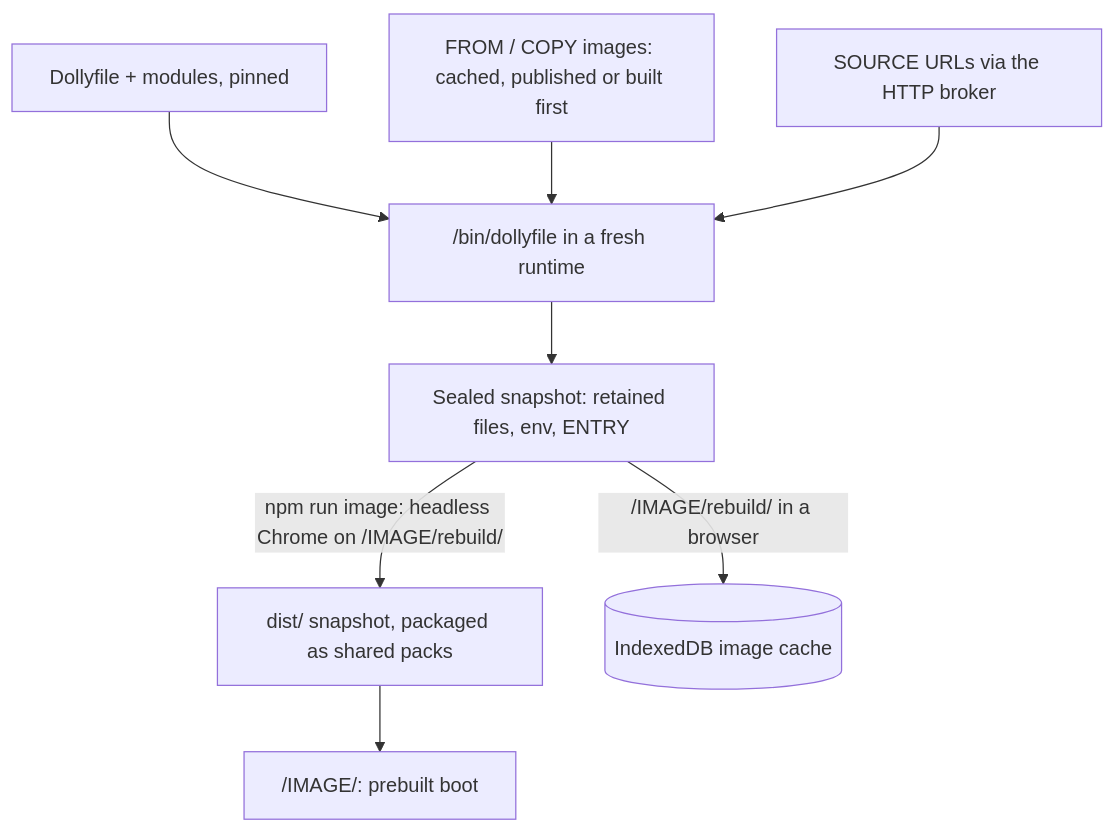
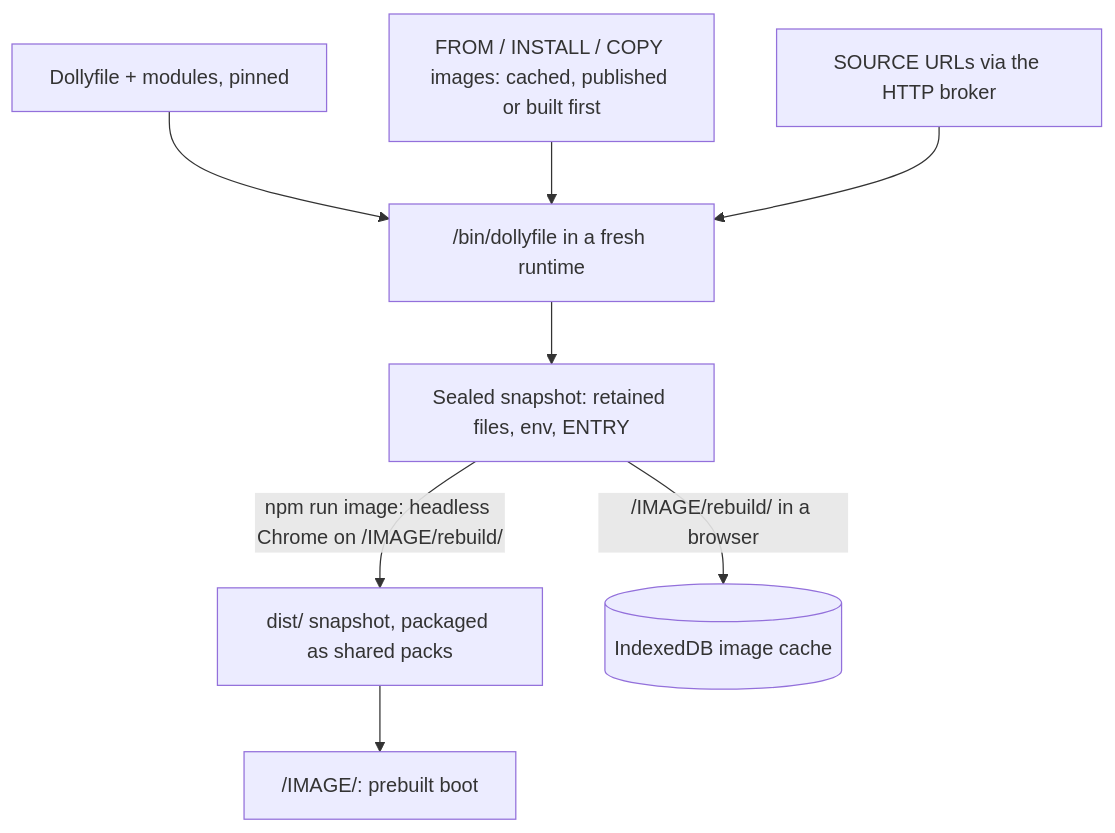
One commit to daugasauron/dolly changed the diagram in docs/dollyfile.md. Above: the diagram before and after it, drawn with Mermaid. The commit also changed other lines of this file and 1 other file, not shown here.

First line of the commit message:
Design Dollyfile 6: explicit roles, INSTALL packages, transitive exports

````diff
--- a/docs/dollyfile.md
+++ b/docs/dollyfile.md
@@ -169,10 +234,10 @@
 ```mermaid
 flowchart TD
   recipe["Dollyfile + modules, pinned"] --> exec
-  bases["FROM / COPY images: cached, published or built first"] --> exec
+  bases["FROM / INSTALL / COPY images: cached, published or built first"] --> exec
   inputs["SOURCE URLs via the HTTP broker"] --> exec
   exec["/bin/dollyfile in a fresh runtime"] --> snap["Sealed snapshot: retained files, env, ENTRY"]
   snap -- "npm run image: headless Chrome on /IMAGE/rebuild/" --> packs["dist/ snapshot, packaged as shared packs"]
   snap -- "/IMAGE/rebuild/ in a browser" --> cache[("IndexedDB image cache")]
   packs --> boot["/IMAGE/: prebuilt boot"]
 ```
````
